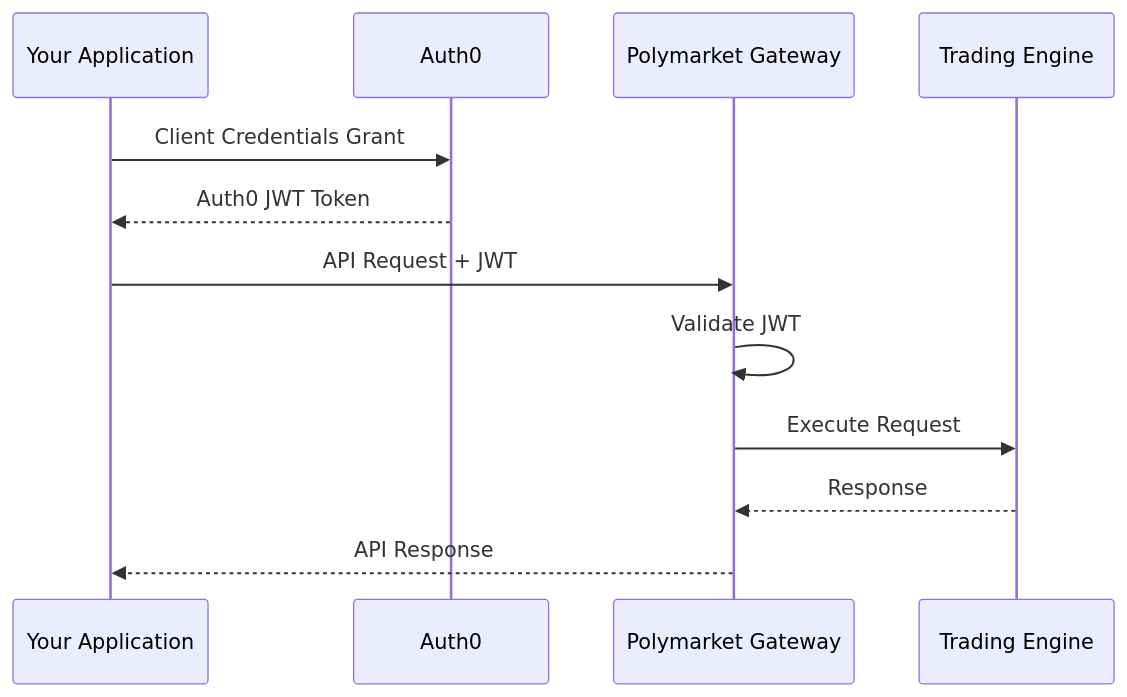
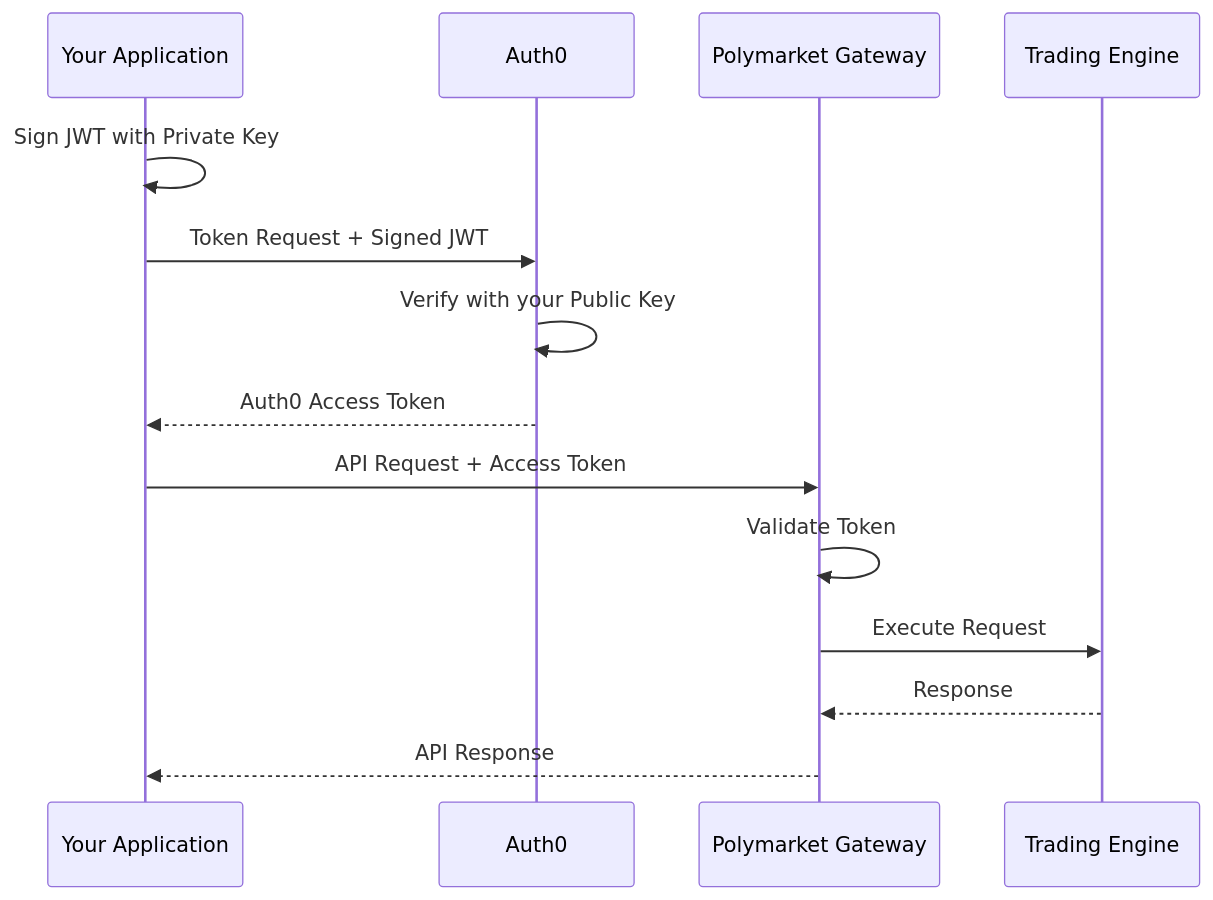
The diagram in getting-started/auth0-onboarding.mdx (chrisr-a11y/docs), drawn with Mermaid before and after one commit. The commit also changed other lines of this file and 1 other file, not shown here.

First line of the commit message:
docs: Update authentication to private_key_jwt

````diff
--- a/getting-started/auth0-onboarding.mdx
+++ b/getting-started/auth0-onboarding.mdx
@@ -17,15 +18,17 @@
 ```mermaid
 sequenceDiagram
     participant ISV as Your Application
     participant Auth0
     participant Gateway as Polymarket Gateway
     participant EP3 as Trading Engine
 
-    ISV->>Auth0: Client Credentials Grant
-    Auth0-->>ISV: Auth0 JWT Token
-    ISV->>Gateway: API Request + JWT
-    Gateway->>Gateway: Validate JWT
+    ISV->>ISV: Sign JWT with Private Key
+    ISV->>Auth0: Token Request + Signed JWT
+    Auth0->>Auth0: Verify with your Public Key
+    Auth0-->>ISV: Auth0 Access Token
+    ISV->>Gateway: API Request + Access Token
+    Gateway->>Gateway: Validate Token
     Gateway->>EP3: Execute Request
     EP3-->>Gateway: Response
     Gateway-->>ISV: API Response
 ```
````
